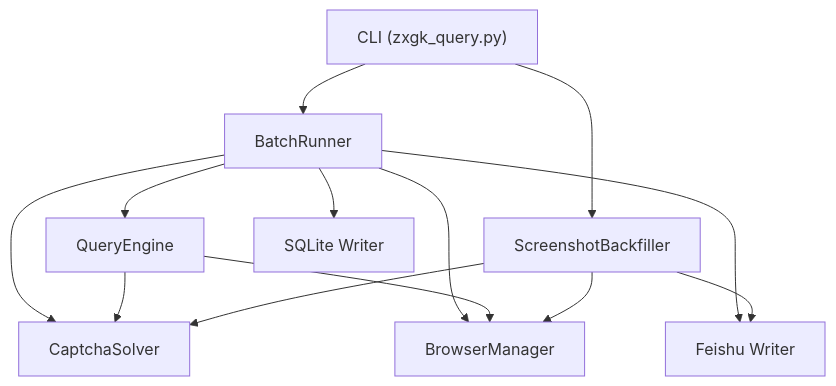
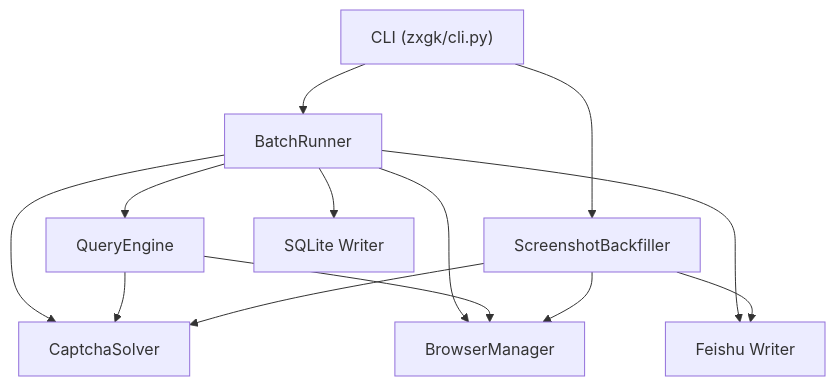
One commit to supotato-ipj/zxgk_auto_query-skill changed the tenth of 10 diagrams in .qoder/repowiki/en/content/Core Architecture/Query Engine.md. Above: the diagram before and after it, drawn with Mermaid. The commit also changed other lines of this file and 24 other files, not shown here.

````diff
--- a/.qoder/repowiki/en/content/Core Architecture/Query Engine.md
+++ b/.qoder/repowiki/en/content/Core Architecture/Query Engine.md
@@ -386,23 +422,23 @@
 ```mermaid
 graph TB
-CLI["CLI (zxgk_query.py)"]
+CLI["CLI (zxgk/cli.py)"]
 BR["BatchRunner"]
 QE["QueryEngine"]
 BM["BrowserManager"]
 CS["CaptchaSolver"]
 SB["ScreenshotBackfiller"]
 OUT_SQLITE["SQLite Writer"]
 OUT_FEISHU["Feishu Writer"]
 CLI --> BR
 CLI --> SB
 BR --> QE
 BR --> BM
 BR --> CS
 BR --> OUT_SQLITE
 BR --> OUT_FEISHU
 QE --> CS
 QE --> BM
 SB --> BM
 SB --> CS
 SB --> OUT_FEISHU
 ```
````
